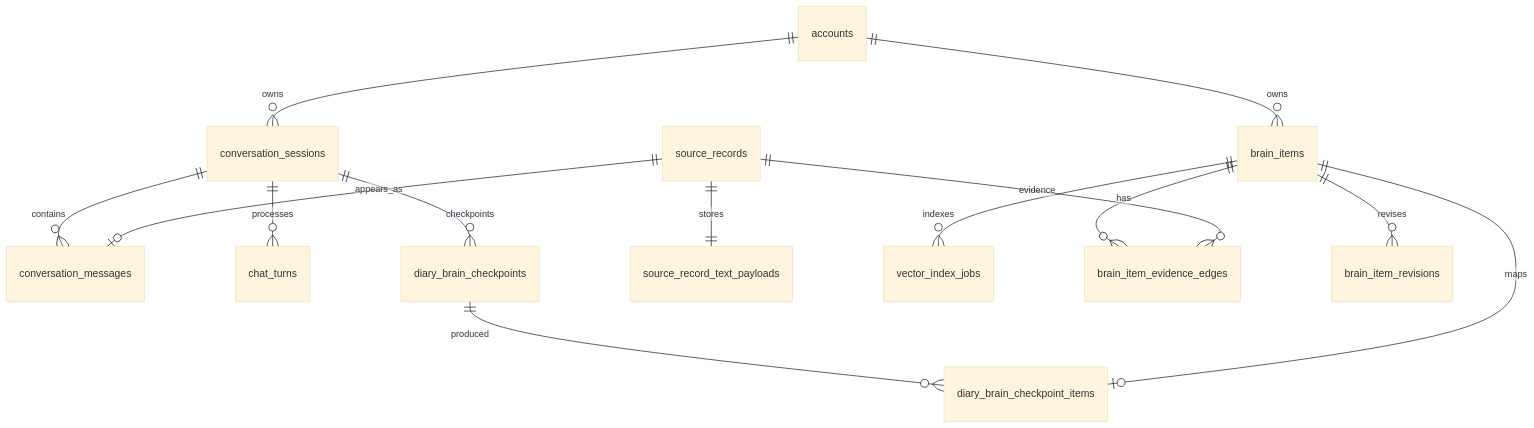
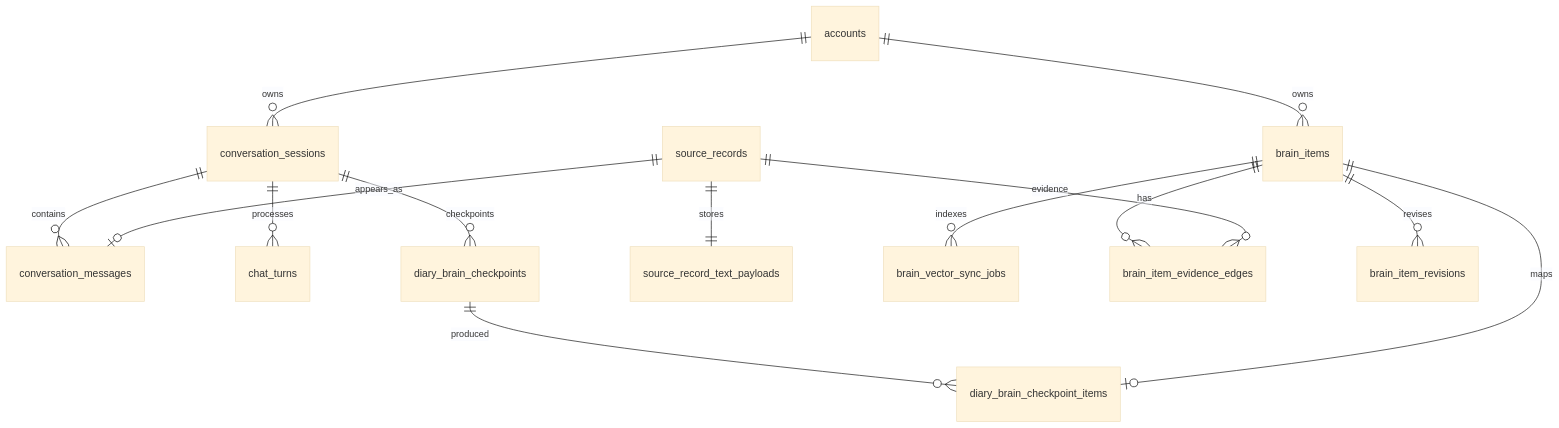
One commit to kkyosuke/me-builder changed the third of 9 diagrams in docs/architecture/diary-chat-implementation-design.md. Above: the diagram before and after it, drawn with Mermaid (base theme). The commit also changed other lines of this file and 69 other files, not shown here.

First line of the commit message:
feat(worker): add brain item vectorize sync (#106)

````diff
--- a/docs/architecture/diary-chat-implementation-design.md
+++ b/docs/architecture/diary-chat-implementation-design.md
@@ -146,16 +146,16 @@
 ```mermaid
 erDiagram
     accounts ||--o{ conversation_sessions : owns
     conversation_sessions ||--o{ conversation_messages : contains
     conversation_sessions ||--o{ chat_turns : processes
     conversation_sessions ||--o{ diary_brain_checkpoints : checkpoints
     diary_brain_checkpoints ||--o{ diary_brain_checkpoint_items : produced
     source_records ||--|| source_record_text_payloads : stores
     source_records ||--o| conversation_messages : appears_as
     accounts ||--o{ brain_items : owns
     brain_items ||--o| diary_brain_checkpoint_items : maps
-    brain_items ||--o{ vector_index_jobs : indexes
+    brain_items ||--o{ brain_vector_sync_jobs : indexes
     brain_items ||--o{ brain_item_evidence_edges : has
     source_records ||--o{ brain_item_evidence_edges : evidence
     brain_items ||--o{ brain_item_revisions : revises
 ```
````
